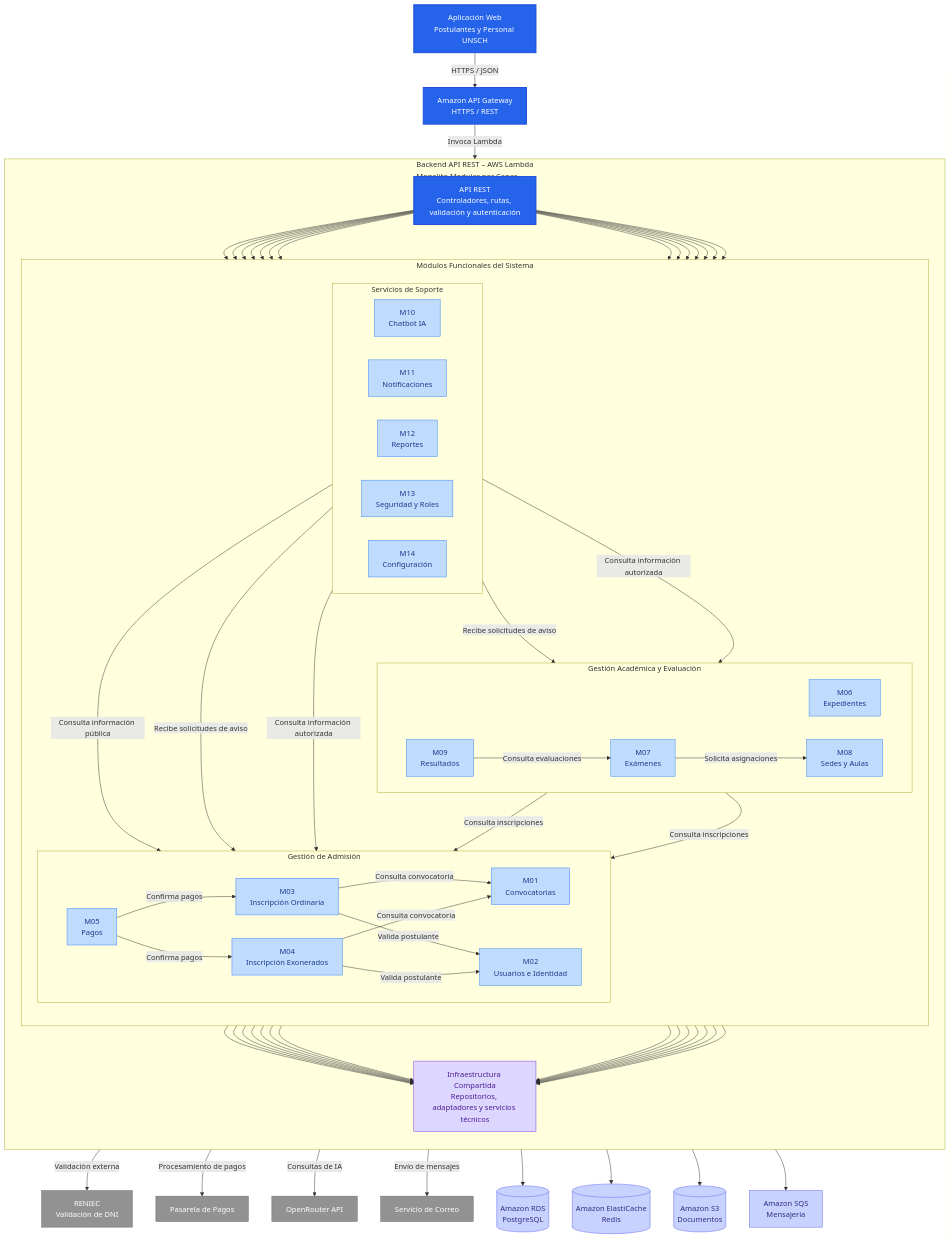
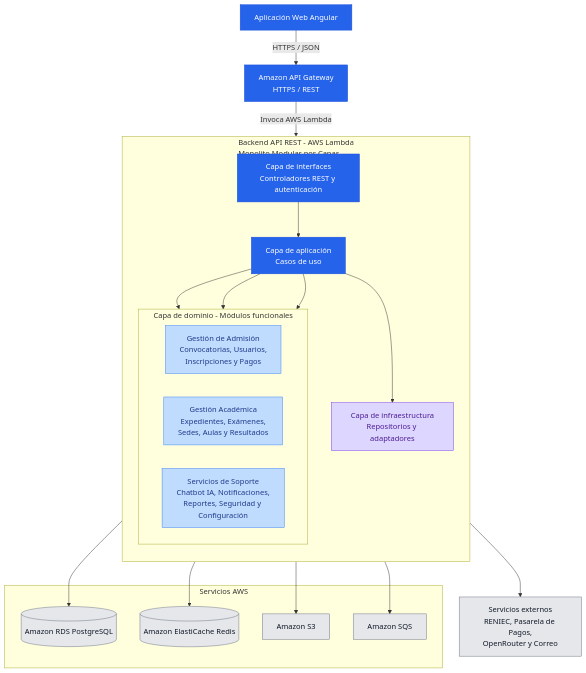
The diagram in docs/04-modelo-c4/Nivel3-Diagrama-de-Componentes.md (DiegoCoras06/ENTREGABLE-01-PROPUESTA-INICIAL-DEL-PROYECTO), drawn with Mermaid before and after one commit.

Commit message:
Subiendo actualizado

````diff
--- a/docs/04-modelo-c4/Nivel3-Diagrama-de-Componentes.md
+++ b/docs/04-modelo-c4/Nivel3-Diagrama-de-Componentes.md
@@ -32,130 +33,56 @@
 ```mermaid
 flowchart TB
+    WEB["Aplicación Web Angular"]
+    API["Amazon API Gateway<br/>HTTPS / REST"]
 
-    WEB["Aplicación Web<br/>Postulantes y Personal UNSCH"]
-    GATEWAY["Amazon API Gateway<br/>HTTPS / REST"]
-
-    subgraph BACKEND["Backend API REST – AWS Lambda<br/>Monolito Modular por Capas"]
+    subgraph BACKEND["Backend API REST - AWS Lambda<br/>Monolito Modular por Capas"]
         direction TB
 
-        API["API REST<br/>Controladores, rutas, validación y autenticación"]
+        CTRL["Capa de interfaces<br/>Controladores REST y autenticación"]
 
-        subgraph MODULOS["Módulos Funcionales del Sistema"]
-            direction TB
+        APP["Capa de aplicación<br/>Casos de uso"]
 
-            subgraph GRUPO1["Gestión de Admisión"]
-                direction LR
-                M01["M01<br/>Convocatorias"]
-                M02["M02<br/>Usuarios e Identidad"]
-                M03["M03<br/>Inscripción Ordinaria"]
-                M04["M04<br/>Inscripción Exonerados"]
-                M05["M05<br/>Pagos"]
-            end
-
-            subgraph GRUPO2["Gestión Académica y Evaluación"]
-                direction LR
-                M06["M06<br/>Expedientes"]
-                M07["M07<br/>Exámenes"]
-                M08["M08<br/>Sedes y Aulas"]
-                M09["M09<br/>Resultados"]
-            end
-
-            subgraph GRUPO3["Servicios de Soporte"]
-                direction LR
-                M10["M10<br/>Chatbot IA"]
-                M11["M11<br/>Notificaciones"]
-                M12["M12<br/>Reportes"]
-                M13["M13<br/>Seguridad y Roles"]
-                M14["M14<br/>Configuración"]
-            end
+        subgraph MODULOS["Capa de dominio - Módulos funcionales"]
+            direction LR
+            M1["Gestión de Admisión<br/>Convocatorias, Usuarios,<br/>Inscripciones y Pagos"]
+            M2["Gestión Académica<br/>Expedientes, Exámenes,<br/>Sedes, Aulas y Resultados"]
+            M3["Servicios de Soporte<br/>Chatbot IA, Notificaciones,<br/>Reportes, Seguridad y Configuración"]
         end
 
-        INFRA["Infraestructura Compartida<br/>Repositorios, adaptadores y servicios técnicos"]
+        INFRA["Capa de infraestructura<br/>Repositorios y adaptadores"]
+
+        CTRL --> APP
+        APP --> M1
+        APP --> M2
+        APP --> M3
+        APP --> INFRA
     end
 
-    DB[("Amazon RDS<br/>PostgreSQL")]
-    CACHE[("Amazon ElastiCache<br/>Redis")]
-    STORAGE[("Amazon S3<br/>Documentos")]
-    QUEUE["Amazon SQS<br/>Mensajería"]
+    subgraph AWS["Servicios AWS"]
+        DB[("Amazon RDS PostgreSQL")]
+        CACHE[("Amazon ElastiCache Redis")]
+        S3["Amazon S3"]
+        SQS["Amazon SQS"]
+    end
 
-    RENIEC["RENIEC<br/>Validación de DNI"]
-    PAYMENT["Pasarela de Pagos"]
-    OPENROUTER["OpenRouter API"]
-    EMAIL["Servicio de Correo"]
+    EXT["Servicios externos<br/>RENIEC, Pasarela de Pagos,<br/>OpenRouter y Correo"]
 
-    WEB -->|"HTTPS / JSON"| GATEWAY
-    GATEWAY -->|"Invoca Lambda"| API
-
-    API --> M01
-    API --> M02
-    API --> M03
-    API --> M04
-    API --> M05
-    API --> M06
-    API --> M07
-    API --> M08
-    API --> M09
-    API --> M10
-    API --> M11
-    API --> M12
-    API --> M13
-    API --> M14
-
-    M03 -->|"Consulta convocatoria"| M01
-    M03 -->|"Valida postulante"| M02
-    M04 -->|"Valida postulante"| M02
-    M04 -->|"Consulta convocatoria"| M01
-
-    M05 -->|"Confirma pagos"| M03
-    M05 -->|"Confirma pagos"| M04
-
-    M06 -->|"Consulta inscripciones"| M03
-    M06 -->|"Consulta inscripciones"| M04
-
-    M07 -->|"Solicita asignaciones"| M08
-    M09 -->|"Consulta evaluaciones"| M07
-
-    M10 -->|"Consulta información pública"| M01
-    M11 -->|"Recibe solicitudes de aviso"| M05
-    M11 -->|"Recibe solicitudes de aviso"| M09
-
-    M12 -->|"Consulta información autorizada"| M01
-    M12 -->|"Consulta información autorizada"| M09
-
-    M02 -->|"Validación externa"| RENIEC
-    M05 -->|"Procesamiento de pagos"| PAYMENT
-    M10 -->|"Consultas de IA"| OPENROUTER
-    M11 -->|"Envío de mensajes"| EMAIL
-
-    M01 --> INFRA
-    M02 --> INFRA
-    M03 --> INFRA
-    M04 --> INFRA
-    M05 --> INFRA
-    M06 --> INFRA
-    M07 --> INFRA
-    M08 --> INFRA
-    M09 --> INFRA
-    M10 --> INFRA
-    M11 --> INFRA
-    M12 --> INFRA
-    M13 --> INFRA
-    M14 --> INFRA
+    WEB -->|"HTTPS / JSON"| API
+    API -->|"Invoca AWS Lambda"| CTRL
 
     INFRA --> DB
     INFRA --> CACHE
-    INFRA --> STORAGE
-    INFRA --> QUEUE
+    INFRA --> S3
+    INFRA --> SQS
+    INFRA --> EXT
 
-    classDef principal fill:#2563eb,color:#ffffff,stroke:#1d4ed8,stroke-width:2px
+    classDef principal fill:#2563eb,color:#ffffff,stroke:#1d4ed8
     classDef modulo fill:#bfdbfe,color:#1e3a8a,stroke:#3b82f6
     classDef infraestructura fill:#ddd6fe,color:#4c1d95,stroke:#7c3aed
-    classDef externo fill:#929292,color:#ffffff,stroke:#666666
-    classDef datos fill:#c7d2fe,color:#312e81,stroke:#6366f1
+    classDef externo fill:#e5e7eb,color:#111827,stroke:#6b7280
 
-    class WEB,GATEWAY,API principal
-    class M01,M02,M03,M04,M05,M06,M07,M08,M09,M10,M11,M12,M13,M14 modulo
+    class WEB,API,CTRL,APP principal
+    class M1,M2,M3 modulo
     class INFRA infraestructura
-    class DB,CACHE,STORAGE,QUEUE datos
-    class RENIEC,PAYMENT,OPENROUTER,EMAIL externo
+    class DB,CACHE,S3,SQS,EXT externo
 ```
````
